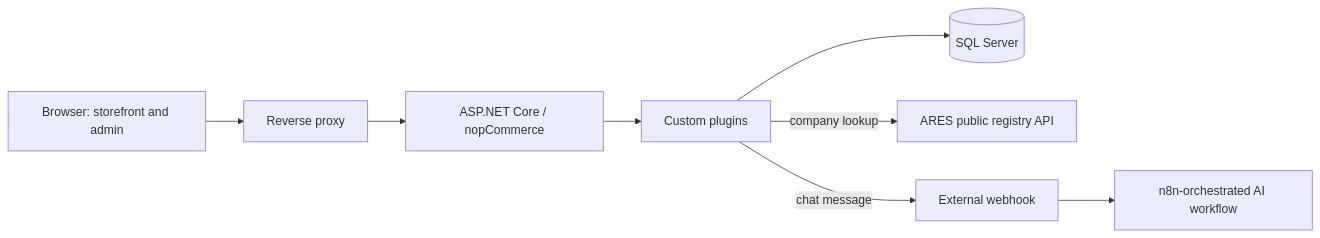
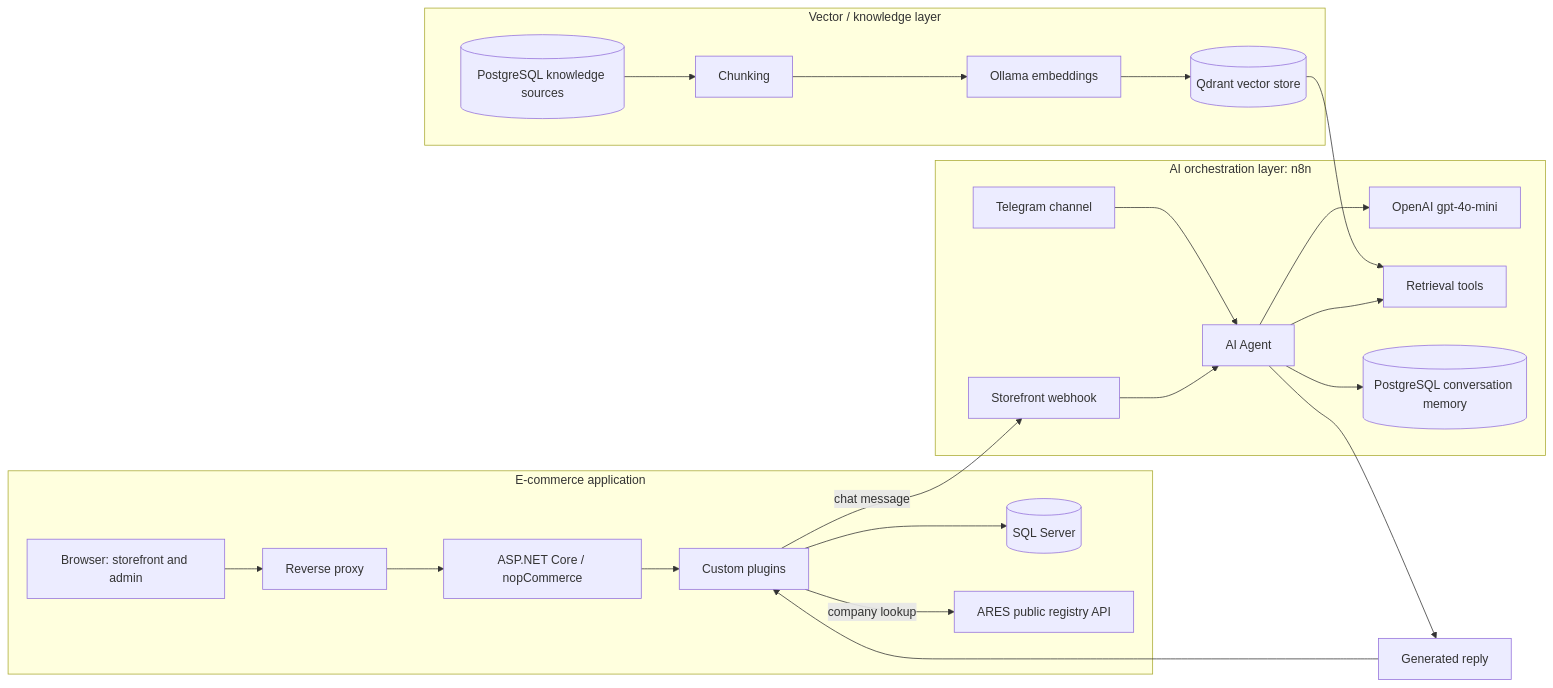
The diagram in README.md (VladimirVjatkin/dobroty-commerce-automation), drawn with Mermaid before and after one commit. The commit also changed other lines of this file and 7 other files, not shown here.

````diff
--- a/README.md
+++ b/README.md
@@ -39,10 +62,29 @@
 ```mermaid
 flowchart LR
-    Browser[Browser: storefront and admin] --> Proxy[Reverse proxy]
-    Proxy --> App[ASP.NET Core / nopCommerce]
-    App --> Plugins[Custom plugins]
-    Plugins --> DB[(SQL Server)]
-    Plugins -->|company lookup| ARES[ARES public registry API]
-    Plugins -->|chat message| Hook[External webhook]
-    Hook --> N8N[n8n-orchestrated AI workflow]
+    subgraph Store["E-commerce application"]
+        Browser[Browser: storefront and admin] --> Proxy[Reverse proxy]
+        Proxy --> App[ASP.NET Core / nopCommerce]
+        App --> Plugins[Custom plugins]
+        Plugins --> DB[(SQL Server)]
+        Plugins -->|company lookup| ARES[ARES public registry API]
+    end
+
+    subgraph AI["AI orchestration layer: n8n"]
+        Webhook[Storefront webhook] --> Agent[AI Agent]
+        Telegram[Telegram channel] --> Agent
+        Agent --> LLM[OpenAI gpt-4o-mini]
+        Agent --> Retrieval[Retrieval tools]
+        Agent --> Memory[(PostgreSQL conversation memory)]
+    end
+
+    subgraph Knowledge["Vector / knowledge layer"]
+        Sources[(PostgreSQL knowledge sources)] --> Chunk[Chunking]
+        Chunk --> Embed[Ollama embeddings]
+        Embed --> Qdrant[(Qdrant vector store)]
+        Qdrant --> Retrieval
+    end
+
+    Plugins -->|chat message| Webhook
+    Agent --> Reply[Generated reply]
+    Reply --> Plugins
 ```
````
